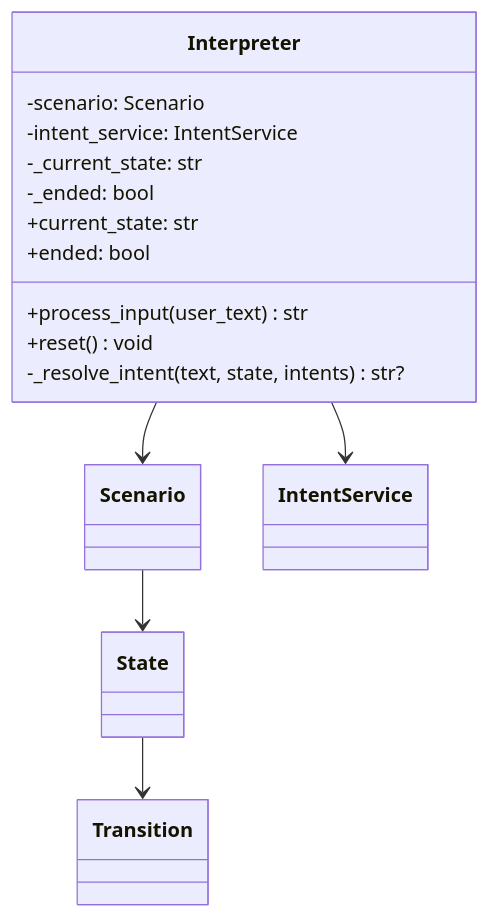
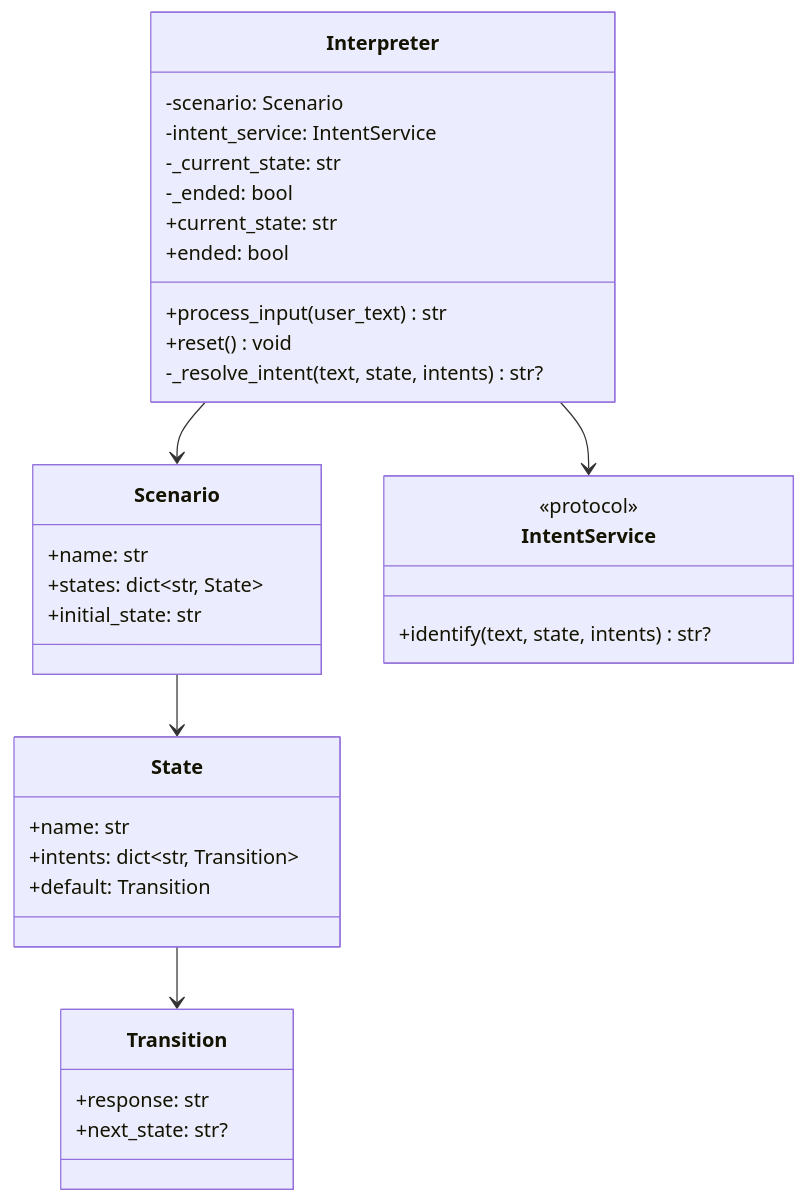
One commit to soongfs/dsl-agent changed the fourth of 5 diagrams in docs/DESGIN.md. Above: the diagram before and after it, drawn with Mermaid. The commit also changed other lines of this file and 1 other file, not shown here.

Commit message:
微调文档中的mermaid图

````diff
--- a/docs/DESGIN.md
+++ b/docs/DESGIN.md
@@ -121,18 +141,36 @@
   ```mermaid
   classDiagram
       class Interpreter {
           -scenario: Scenario
           -intent_service: IntentService
           -_current_state: str
           -_ended: bool
           +process_input(user_text) str
           +reset() void
           +current_state: str
           +ended: bool
           -_resolve_intent(text, state, intents) str?
       }
+      class Scenario {
+          +name: str
+          +states: dict~str, State~
+          +initial_state: str
+      }
+      class State {
+          +name: str
+          +intents: dict~str, Transition~
+          +default: Transition
+      }
+      class Transition {
+          +response: str
+          +next_state: str?
+      }
+      class IntentService {
+          <<protocol>>
+          +identify(text, state, intents) str?
+      }
       Interpreter --> Scenario
       Interpreter --> IntentService
       Scenario --> State
       State --> Transition
   ```
````
